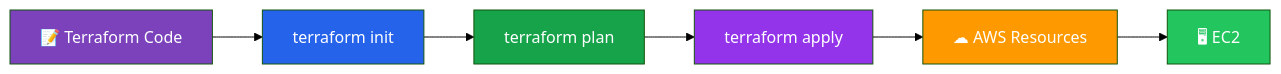
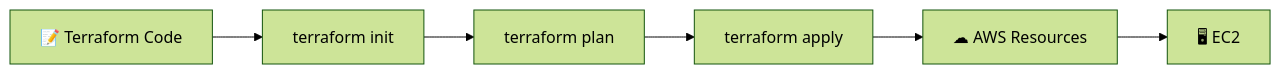
Before and after one commit to Saurav6200907210/WebMetricsX: the ninth of 12 diagrams in README.md, drawn with Mermaid (forest theme). The commit also changed other lines of this file, not shown here.

````diff
--- a/README.md
+++ b/README.md
@@ -593,32 +294,8 @@
 ```mermaid
 flowchart LR
-
-Code["📝 Terraform Code"]
-
-Init["terraform init"]
-
-Plan["terraform plan"]
-
-Apply["terraform apply"]
-
-AWS["☁ AWS Resources"]
-
-EC2["🖥 EC2"]
-
-Code --> Init
-
-Init --> Plan
-
-Plan --> Apply
-
-Apply --> AWS
-
-AWS --> EC2
-
-style Code fill:#7B42BC,color:#fff
-style Init fill:#2563eb,color:#fff
-style Plan fill:#16a34a,color:#fff
-style Apply fill:#9333ea,color:#fff
-style AWS fill:#FF9900,color:#fff
-style EC2 fill:#22c55e,color:#fff
+Code["📝 Terraform Code"] --> Init["terraform init"]
+Init --> Plan["terraform plan"]
+Plan --> Apply["terraform apply"]
+Apply --> AWS["☁ AWS Resources"]
+AWS --> EC2["🖥 EC2"]
 ```
````
